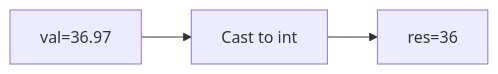
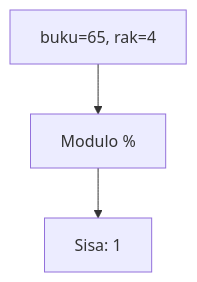
One commit to amnahwaida/OSNK_INF_PREP changed the tenth of 25 diagrams in part-c-pemahaman-cpp/01-tipe-data/latihan/set-02.md. Above: the diagram before and after it, drawn with Mermaid. The commit also changed other lines of this file and 71 other files, not shown here.

````diff
--- a/part-c-pemahaman-cpp/01-tipe-data/latihan/set-02.md
+++ b/part-c-pemahaman-cpp/01-tipe-data/latihan/set-02.md
@@ -266,5 +279,5 @@
 ```mermaid
-graph LR
-A["val=36.97"] --> B["Cast to int"]
-B --> C["res=36"]
+graph TD
+A["buku=65, rak=4"] --> B["Modulo %"]
+B --> C["Sisa: 1"]
 ```
````
